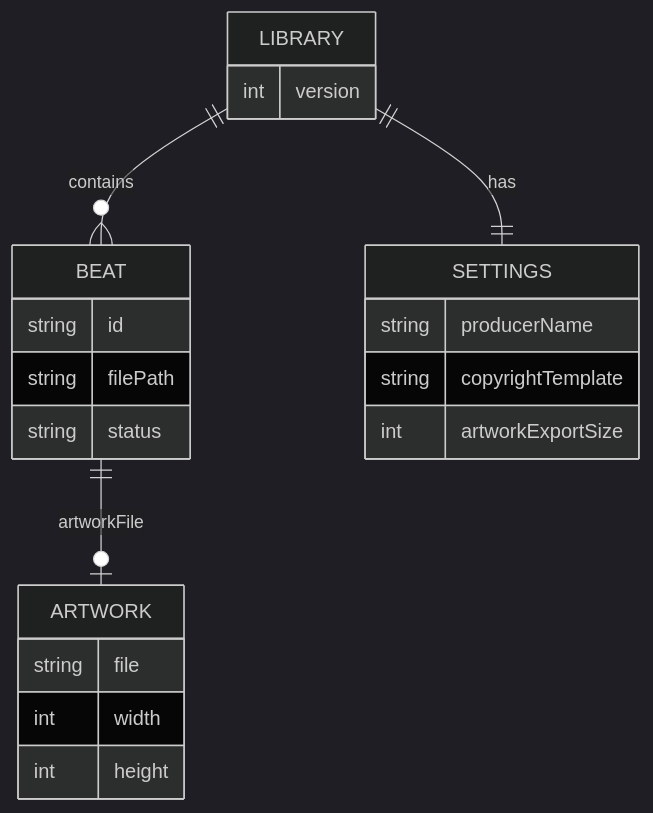
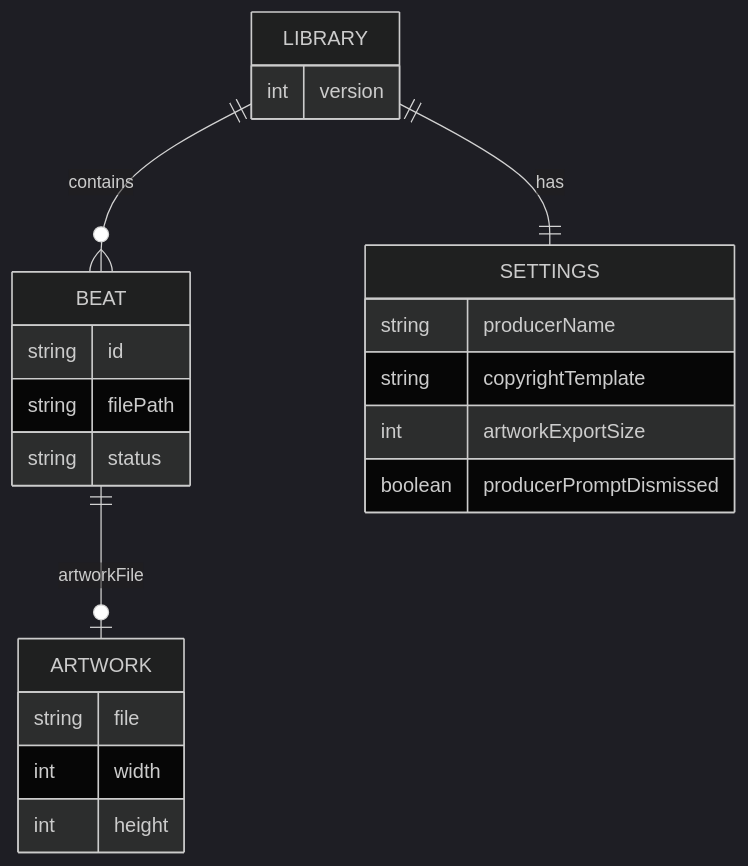
The second of 2 diagrams in docs/05-Backend-Schema.md (Awkward8787/awkbeats-prep-station), drawn with Mermaid (dark theme) before and after one commit. The commit also changed other lines of this file and 34 other files, not shown here.

````diff
--- a/docs/05-Backend-Schema.md
+++ b/docs/05-Backend-Schema.md
@@ -67,24 +67,25 @@
 ```mermaid
 erDiagram
   LIBRARY ||--o{ BEAT : contains
   LIBRARY ||--|| SETTINGS : has
   BEAT ||--o| ARTWORK : "artworkFile"
   LIBRARY {
     int version
   }
   BEAT {
     string id
     string filePath
     string status
   }
   SETTINGS {
     string producerName
     string copyrightTemplate
     int artworkExportSize
+    boolean producerPromptDismissed
   }
   ARTWORK {
     string file
     int width
     int height
   }
 ```
````
